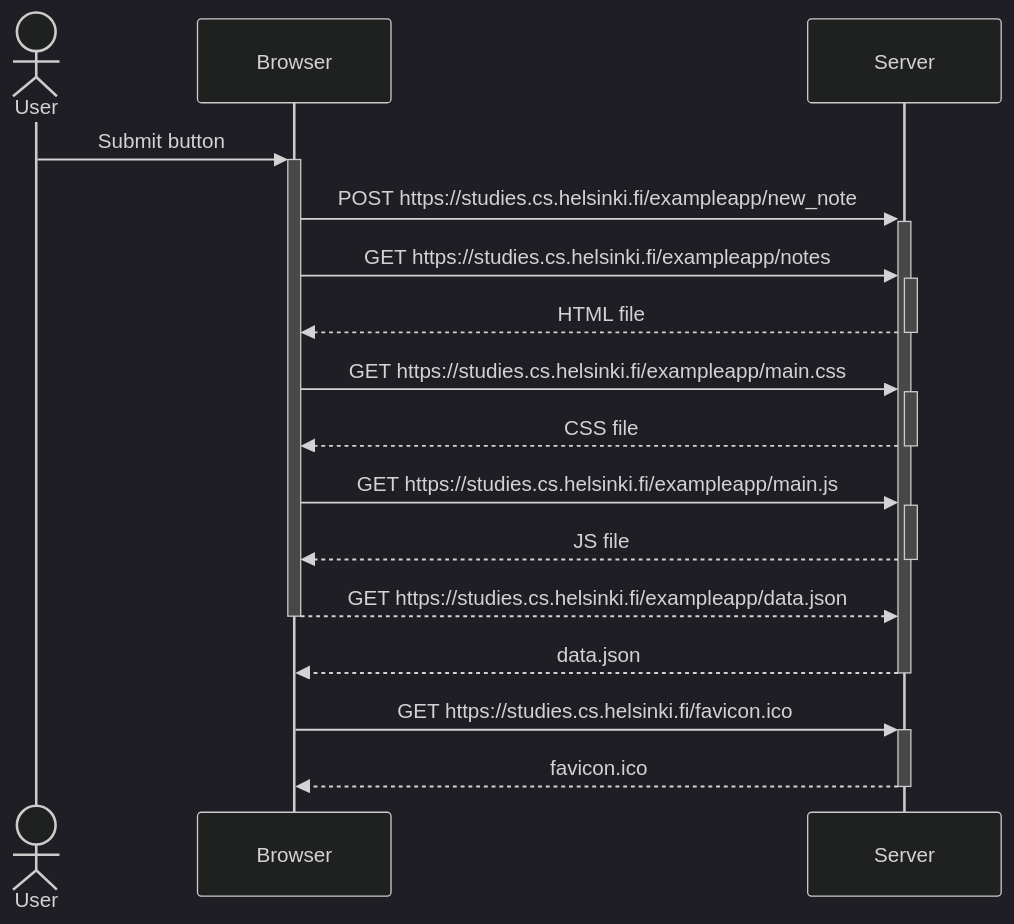
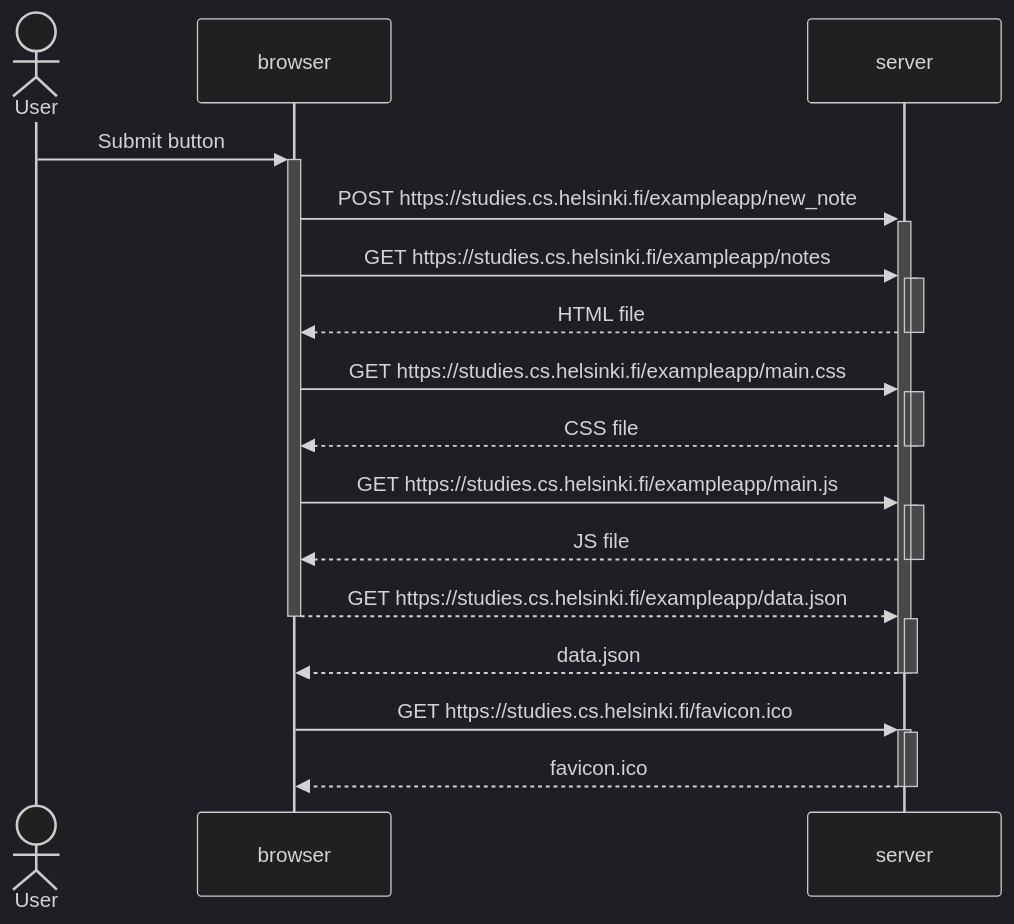
Before and after one commit to aemolinas/fullstack0: the diagram in newnote.md, drawn with Mermaid (dark theme). The commit also changed 4 other files, not shown here.

````diff
--- a/newnote.md
+++ b/newnote.md
@@ -3,18 +3,35 @@
 ```mermaid
 sequenceDiagram
     actor User
-    participant Browser
-    participant Server
-    User->>+Browser: Submit button
-    Browser->>+Server: POST https://studies.cs.helsinki.fi/exampleapp/new_note
-    Browser->>+Server: GET https://studies.cs.helsinki.fi/exampleapp/notes
-    Server-->>-Browser: HTML file
-    Browser->>+Server: GET https://studies.cs.helsinki.fi/exampleapp/main.css
-    Server-->>-Browser: CSS file 
-    Browser->>+Server: GET https://studies.cs.helsinki.fi/exampleapp/main.js
-    Server-->>-Browser: JS file
-    Browser-->>-Server: GET https://studies.cs.helsinki.fi/exampleapp/data.json
-    Server-->>-Browser: data.json
-    Browser->>+Server: GET https://studies.cs.helsinki.fi/favicon.ico
-    Server-->>-Browser: favicon.ico 
+    participant browser
+    participant server
+
+    User->>+browser: Submit button
+    
+    browser->>+server: POST https://studies.cs.helsinki.fi/exampleapp/new_note
+
+    browser->>+server: GET https://studies.cs.helsinki.fi/exampleapp/notes
+    activate server
+    server-->>-browser: HTML file
+    deactivate server
+    
+    browser->>+server: GET https://studies.cs.helsinki.fi/exampleapp/main.css
+    activate server
+    server-->>-browser: CSS file
+    deactivate server 
+    
+    browser->>+server: GET https://studies.cs.helsinki.fi/exampleapp/main.js
+    activate server
+    server-->>-browser: JS file
+    deactivate server
+    
+    browser-->>-server: GET https://studies.cs.helsinki.fi/exampleapp/data.json
+    activate server
+    server-->>-browser: data.json
+    deactivate server
+    
+    browser->>+server: GET https://studies.cs.helsinki.fi/favicon.ico
+    activate server
+    server-->>-browser: favicon.ico
+    deactivate server
 ```
````
